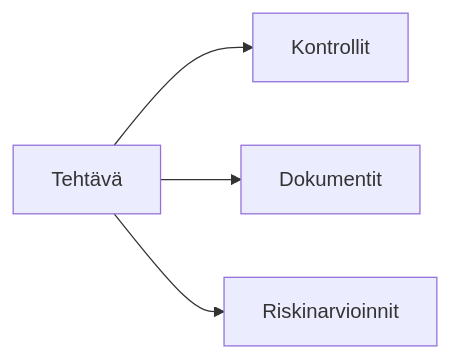
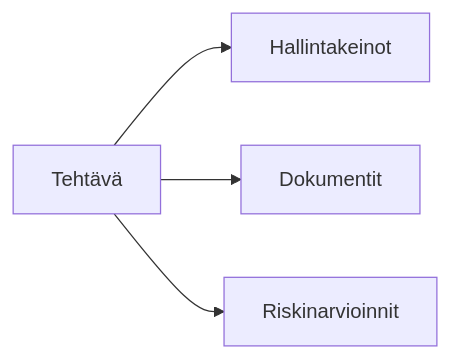
Before and after one commit to tekve/gover-docs: the first of 2 diagrams in i18n/fi/docusaurus-plugin-content-docs/current/user-guide/tasks/overview.md, drawn with Mermaid. The commit also changed other lines of this file and 38 other files, not shown here.

Commit message:
Rename Kontrollit to Hallintakeinot in Finnish

````diff
--- a/i18n/fi/docusaurus-plugin-content-docs/current/user-guide/tasks/overview.md
+++ b/i18n/fi/docusaurus-plugin-content-docs/current/user-guide/tasks/overview.md
@@ -53,6 +53,6 @@
 ```mermaid
 flowchart LR
-    T[Tehtävä] --> C[Kontrollit]
+    T[Tehtävä] --> C[Hallintakeinot]
     T --> D[Dokumentit]
     T --> R[Riskinarvioinnit]
 ```
````
